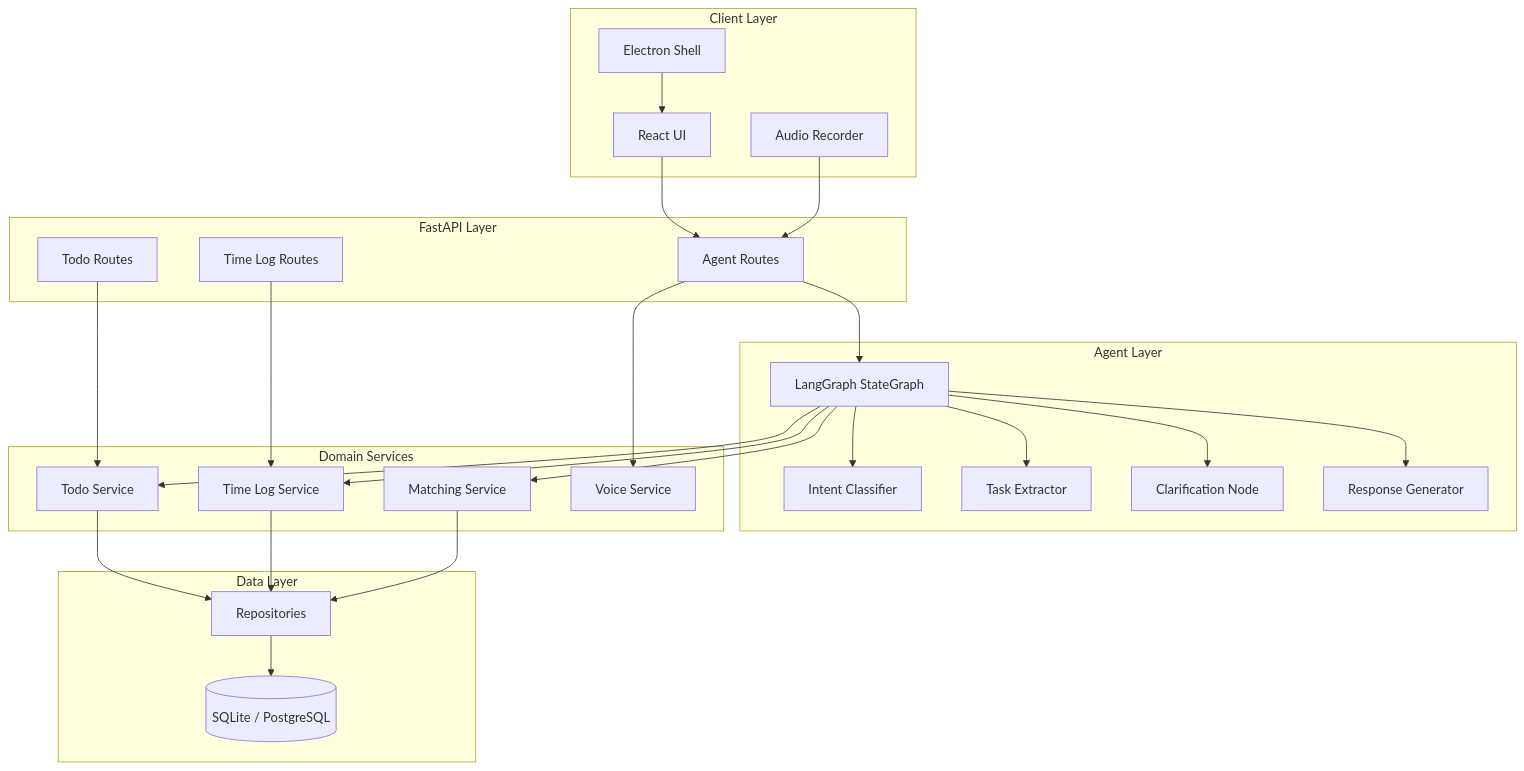
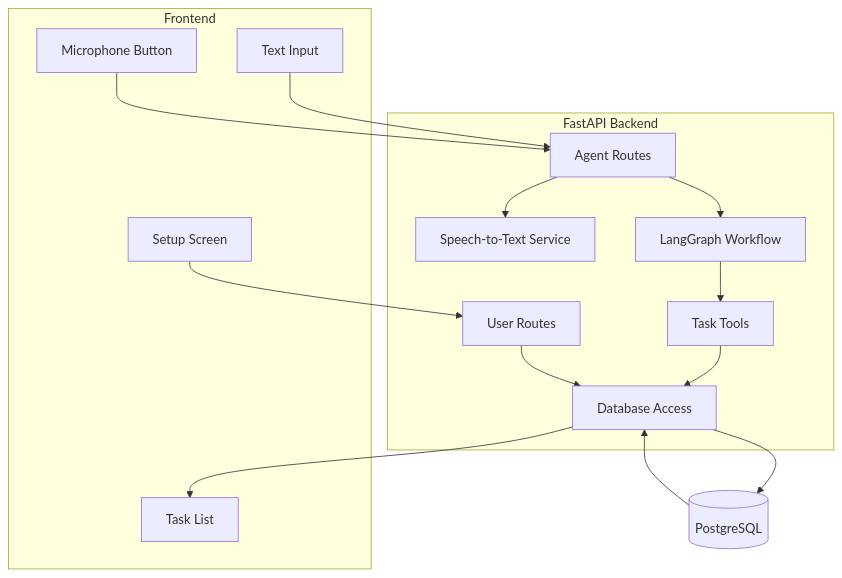
One commit to nishathmnha/langgraph-voice-agent changed the diagram in diagrams/10_component_diagram.mmd. Above: the diagram before and after it, drawn with Mermaid. The commit also changed other lines of this file and 58 other files, not shown here.

```diff
--- a/diagrams/10_component_diagram.mmd
+++ b/diagrams/10_component_diagram.mmd
@@ -1,51 +1,30 @@
 flowchart TB
-    subgraph Client["Client Layer"]
-        React["React UI"]
-        Electron["Electron Shell"]
-        Audio["Audio Recorder"]
+    subgraph Frontend["Frontend"]
+        Setup["Setup Screen"]
+        TextInput["Text Input"]
+        Mic["Microphone Button"]
+        TaskList["Task List"]
     end
 
-    subgraph API["FastAPI Layer"]
+    subgraph Backend["FastAPI Backend"]
+        UserRoutes["User Routes"]
         AgentRoutes["Agent Routes"]
-        TodoRoutes["Todo Routes"]
-        TimeLogRoutes["Time Log Routes"]
+        VoiceService["Speech-to-Text Service"]
+        Graph["LangGraph Workflow"]
+        TaskTools["Task Tools"]
+        DBAccess["Database Access"]
     end
 
-    subgraph Agent["Agent Layer"]
-        Graph["LangGraph StateGraph"]
-        Intent["Intent Classifier"]
-        Extractor["Task Extractor"]
-        Clarify["Clarification Node"]
-        Response["Response Generator"]
-    end
+    DB[("PostgreSQL")]
 
-    subgraph Domain["Domain Services"]
-        TodoService["Todo Service"]
-        TimeLogService["Time Log Service"]
-        MatchingService["Matching Service"]
-        VoiceService["Voice Service"]
-    end
-
-    subgraph Data["Data Layer"]
-        Repo["Repositories"]
-        DB[("SQLite / PostgreSQL")]
-    end
-
-    React --> AgentRoutes
-    Electron --> React
-    Audio --> AgentRoutes
+    Setup --> UserRoutes
+    TextInput --> AgentRoutes
+    Mic --> AgentRoutes
     AgentRoutes --> VoiceService
     AgentRoutes --> Graph
-    TodoRoutes --> TodoService
-    TimeLogRoutes --> TimeLogService
-    Graph --> Intent
-    Graph --> Extractor
-    Graph --> MatchingService
-    Graph --> Clarify
-    Graph --> Response
-    Graph --> TodoService
-    Graph --> TimeLogService
-    TodoService --> Repo
-    TimeLogService --> Repo
-    MatchingService --> Repo
-    Repo --> DB
+    Graph --> TaskTools
+    TaskTools --> DBAccess
+    UserRoutes --> DBAccess
+    DBAccess --> DB
+    DB --> DBAccess
+    DBAccess --> TaskList
```
